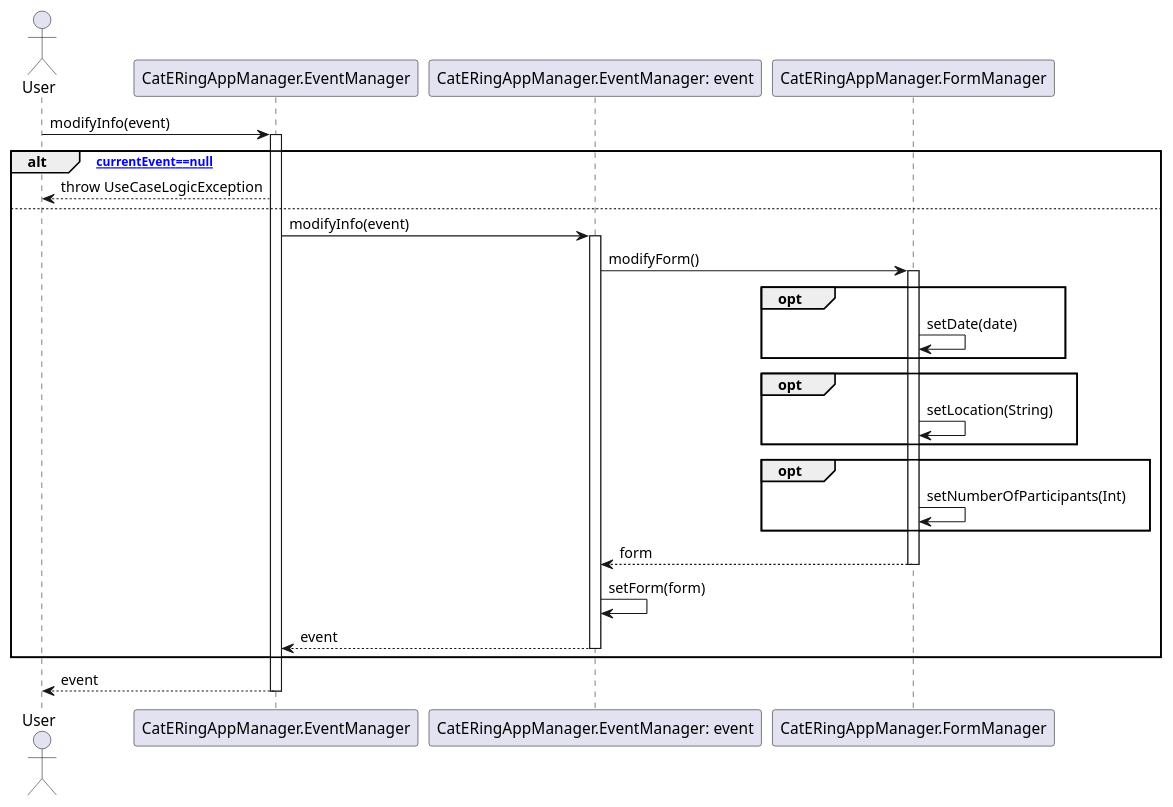
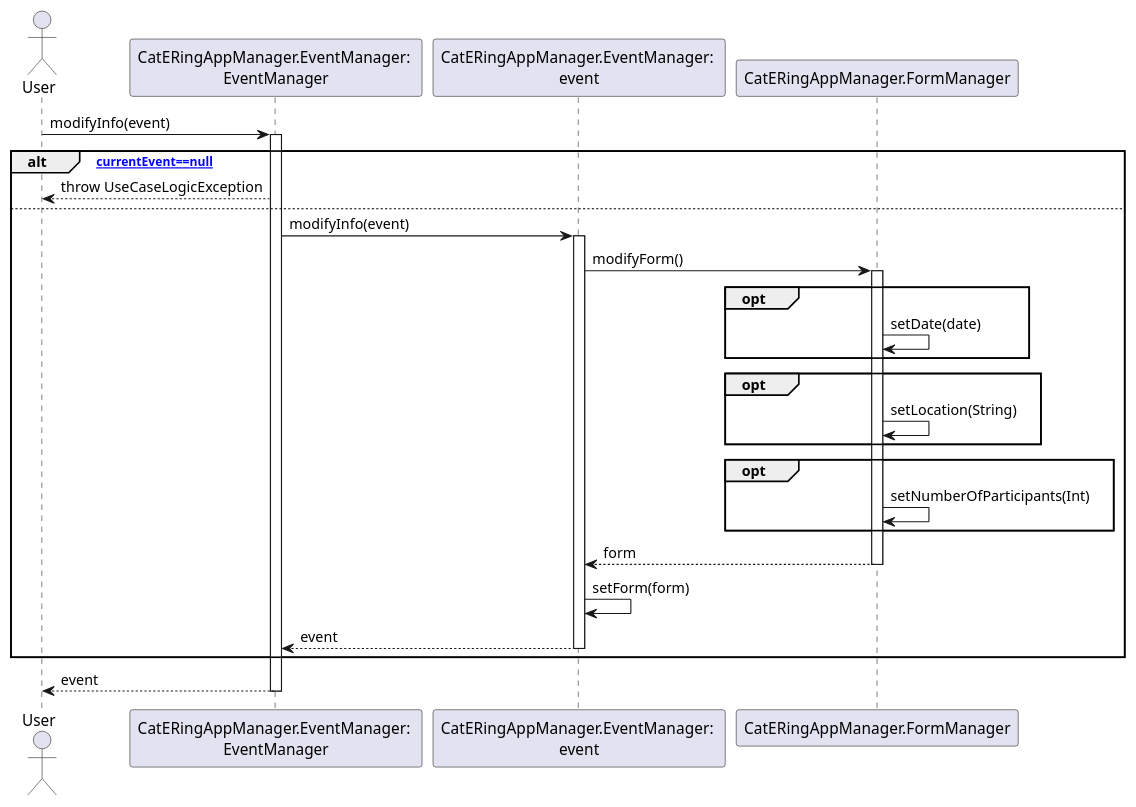
One commit to m0canu1/sas changed the diagram in dsd/dsd-eventi/estensioniEcc/2a-modifyInfos.md. Above: the diagram before and after it, drawn with PlantUML. The commit also changed 11 other files, not shown here.

````diff
--- a/dsd/dsd-eventi/estensioniEcc/2a-modifyInfos.md
+++ b/dsd/dsd-eventi/estensioniEcc/2a-modifyInfos.md
@@ -1,39 +1,39 @@
 ```plantuml
 Actor User
-Participant "CatERingAppManager.EventManager"
-Participant "CatERingAppManager.EventManager: event"
-Participant "CatERingAppManager.FormManager"
+Participant "CatERingAppManager.EventManager: \nEventManager" as EM
+Participant "CatERingAppManager.EventManager: \nevent" as E
+Participant "CatERingAppManager.FormManager" as FM
 
-User -> "CatERingAppManager.EventManager": modifyInfo(event)
-Activate "CatERingAppManager.EventManager"
+User -> EM: modifyInfo(event)
+Activate EM
 
 alt [currentEvent==null]
-    "CatERingAppManager.EventManager" --> User: throw UseCaseLogicException
+    EM --> User: throw UseCaseLogicException
 else
-    "CatERingAppManager.EventManager" -> "CatERingAppManager.EventManager: event": modifyInfo(event)
-    Activate "CatERingAppManager.EventManager: event"
+    EM -> E: modifyInfo(event)
+    Activate E
     
-    "CatERingAppManager.EventManager: event" -> "CatERingAppManager.FormManager": modifyForm()
-    Activate "CatERingAppManager.FormManager"
+    E -> FM: modifyForm()
+    Activate FM
     opt
-        "CatERingAppManager.FormManager" -> "CatERingAppManager.FormManager": setDate(date)
+        FM -> FM: setDate(date)
     end
     opt
-        "CatERingAppManager.FormManager" -> "CatERingAppManager.FormManager": setLocation(String)
+        FM -> FM: setLocation(String)
     end
     opt
-        "CatERingAppManager.FormManager" -> "CatERingAppManager.FormManager": setNumberOfParticipants(Int) 
+        FM -> FM: setNumberOfParticipants(Int) 
     end
-    "CatERingAppManager.FormManager" --> "CatERingAppManager.EventManager: event": form
-    Deactivate "CatERingAppManager.FormManager"
+    FM --> E: form
+    Deactivate FM
     
-    "CatERingAppManager.EventManager: event" -> "CatERingAppManager.EventManager: event": setForm(form)
+    E -> E: setForm(form)
 
-    "CatERingAppManager.EventManager: event" --> "CatERingAppManager.EventManager": event
-    Deactivate "CatERingAppManager.EventManager: event"
+    E --> EM: event
+    Deactivate E
 end
-"CatERingAppManager.EventManager" --> User: event
-Deactivate "CatERingAppManager.EventManager"
+EM --> User: event
+Deactivate EM
 
 
 ```
````
